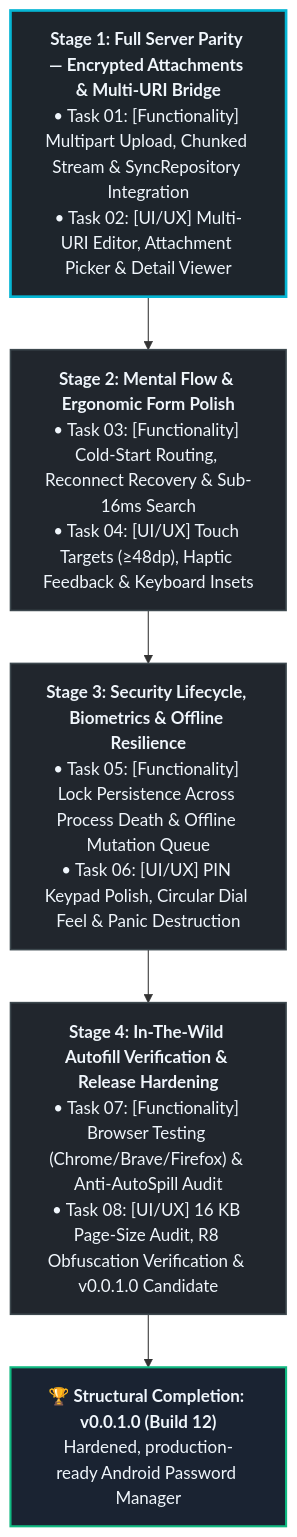
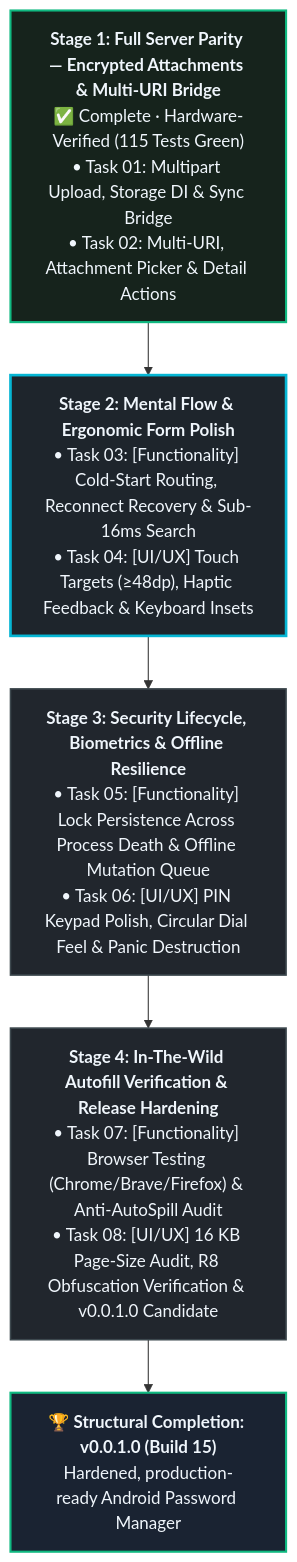
One commit to ClawStackStudios/ShellGuard-Mobile changed the diagram in ROADMAP.md. Above: the diagram before and after it, drawn with Mermaid. The commit also changed other lines of this file and 18 other files, not shown here.

````diff
--- a/ROADMAP.md
+++ b/ROADMAP.md
@@ -26,18 +26,19 @@
 ```mermaid
 flowchart TD
+    classDef completedStage fill:#16231C,stroke:#10B981,stroke-width:2px,color:#F0F6FC;
     classDef activeStage fill:#1E252C,stroke:#06B6D4,stroke-width:2.5px,color:#F0F6FC;
     classDef futureStage fill:#21262D,stroke:#3D484E,stroke-width:1.5px,color:#F0F6FC;
     classDef targetMilestone fill:#1A2332,stroke:#10B981,stroke-width:2px,color:#F0F6FC;
 
-    S1["<b>Stage 1: Full Server Parity — Encrypted Attachments & Multi-URI Bridge</b><br/>• Task 01: [Functionality] Multipart Upload, Chunked Stream & SyncRepository Integration<br/>• Task 02: [UI/UX] Multi-URI Editor, Attachment Picker & Detail Viewer"]:::activeStage
+    S1["<b>Stage 1: Full Server Parity — Encrypted Attachments & Multi-URI Bridge</b><br/>✅ Complete · Hardware-Verified (115 Tests Green)<br/>• Task 01: Multipart Upload, Storage DI & Sync Bridge<br/>• Task 02: Multi-URI, Attachment Picker & Detail Actions"]:::completedStage
 
-    S2["<b>Stage 2: Mental Flow & Ergonomic Form Polish</b><br/>• Task 03: [Functionality] Cold-Start Routing, Reconnect Recovery & Sub-16ms Search<br/>• Task 04: [UI/UX] Touch Targets (≥48dp), Haptic Feedback & Keyboard Insets"]:::futureStage
+    S2["<b>Stage 2: Mental Flow & Ergonomic Form Polish</b><br/>• Task 03: [Functionality] Cold-Start Routing, Reconnect Recovery & Sub-16ms Search<br/>• Task 04: [UI/UX] Touch Targets (≥48dp), Haptic Feedback & Keyboard Insets"]:::activeStage
 
     S3["<b>Stage 3: Security Lifecycle, Biometrics & Offline Resilience</b><br/>• Task 05: [Functionality] Lock Persistence Across Process Death & Offline Mutation Queue<br/>• Task 06: [UI/UX] PIN Keypad Polish, Circular Dial Feel & Panic Destruction"]:::futureStage
 
     S4["<b>Stage 4: In-The-Wild Autofill Verification & Release Hardening</b><br/>• Task 07: [Functionality] Browser Testing (Chrome/Brave/Firefox) & Anti-AutoSpill Audit<br/>• Task 08: [UI/UX] 16 KB Page-Size Audit, R8 Obfuscation Verification & v0.0.1.0 Candidate"]:::futureStage
 
-    M1["<b>🏆 Structural Completion: v0.0.1.0 (Build 12)</b><br/>Hardened, production-ready Android Password Manager"]:::targetMilestone
+    M1["<b>🏆 Structural Completion: v0.0.1.0 (Build 15)</b><br/>Hardened, production-ready Android Password Manager"]:::targetMilestone
 
     S1 --> S2 --> S3 --> S4 --> M1
 ```
````
